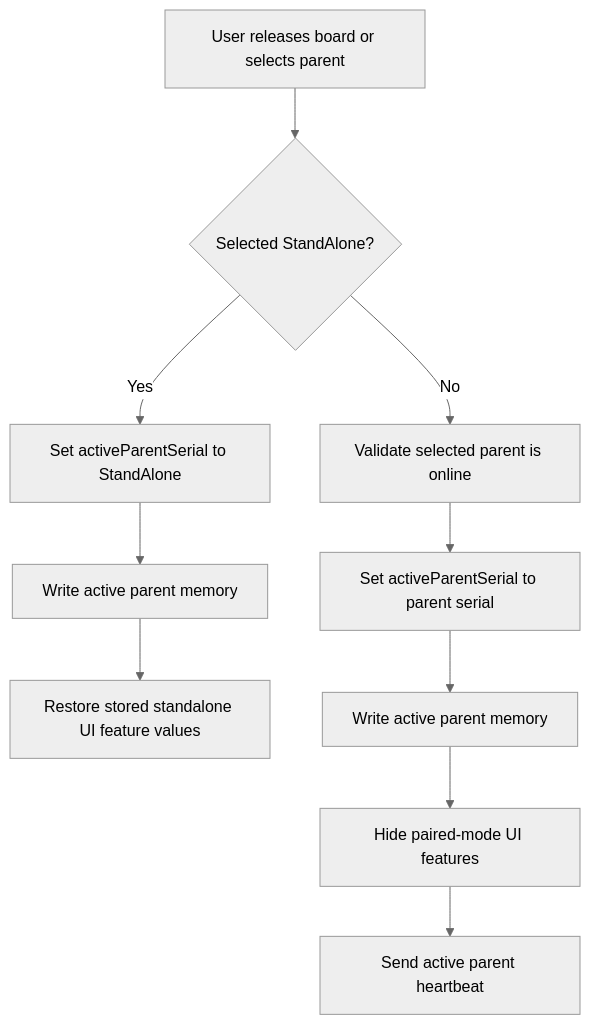
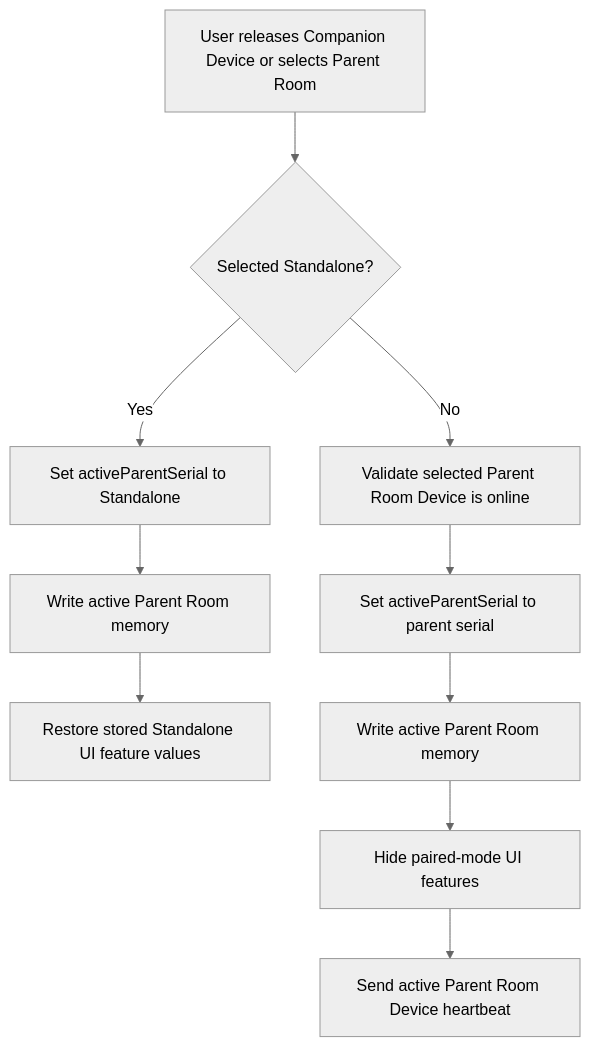
One commit to ctg-tme/Custom_Companion_2026 changed the eighth of 8 diagrams in README.md. Above: the diagram before and after it, drawn with Mermaid (neutral theme). The commit also changed other lines of this file and 42 other files, not shown here.

````diff
--- a/README.md
+++ b/README.md
@@ -313,12 +315,12 @@
 ```mermaid
 flowchart TD
-	A[User releases board or selects parent] --> B{Selected StandAlone?}
-	B -- Yes --> C[Set activeParentSerial to StandAlone]
-	C --> D[Write active parent memory]
-	D --> E[Restore stored standalone UI feature values]
-	B -- No --> F[Validate selected parent is online]
+	A[User releases Companion Device or selects Parent Room] --> B{Selected Standalone?}
+	B -- Yes --> C[Set activeParentSerial to Standalone]
+	C --> D[Write active Parent Room memory]
+	D --> E[Restore stored Standalone UI feature values]
+	B -- No --> F[Validate selected Parent Room Device is online]
 	F --> G[Set activeParentSerial to parent serial]
-	G --> H[Write active parent memory]
+	G --> H[Write active Parent Room memory]
 	H --> I[Hide paired-mode UI features]
-	I --> J[Send active parent heartbeat]
+	I --> J[Send active Parent Room Device heartbeat]
 ```
````
